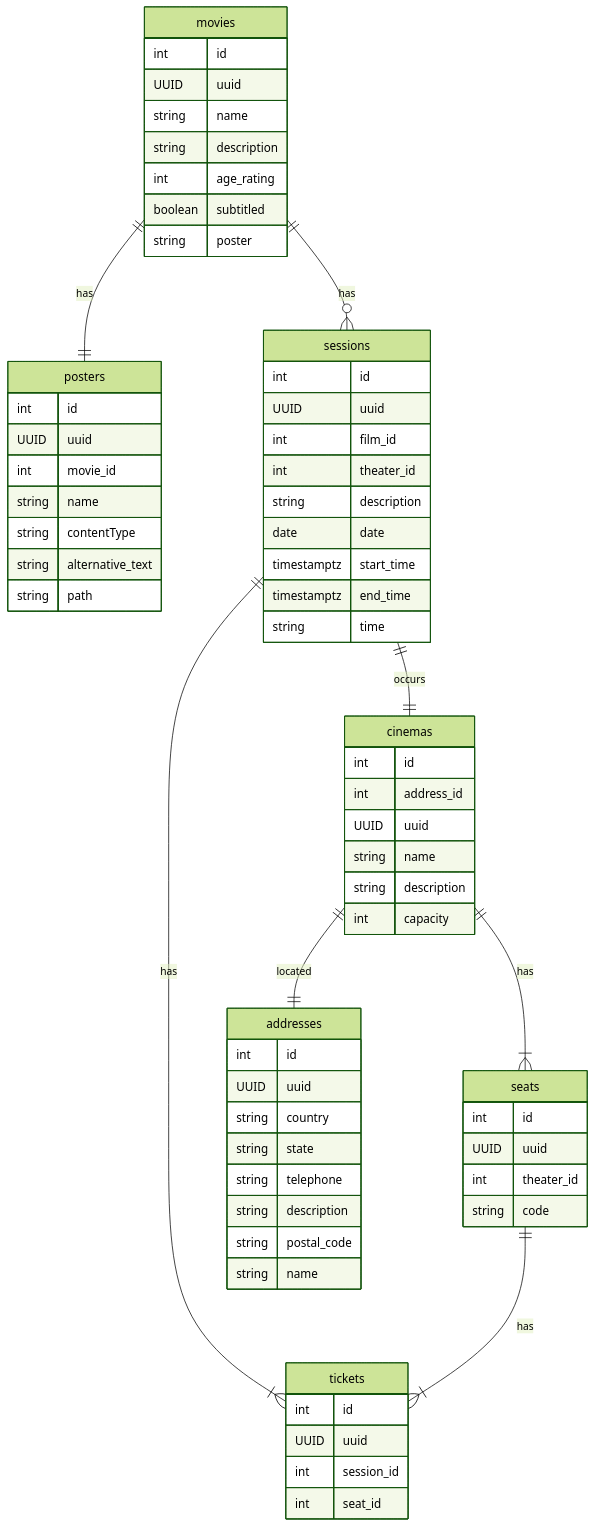
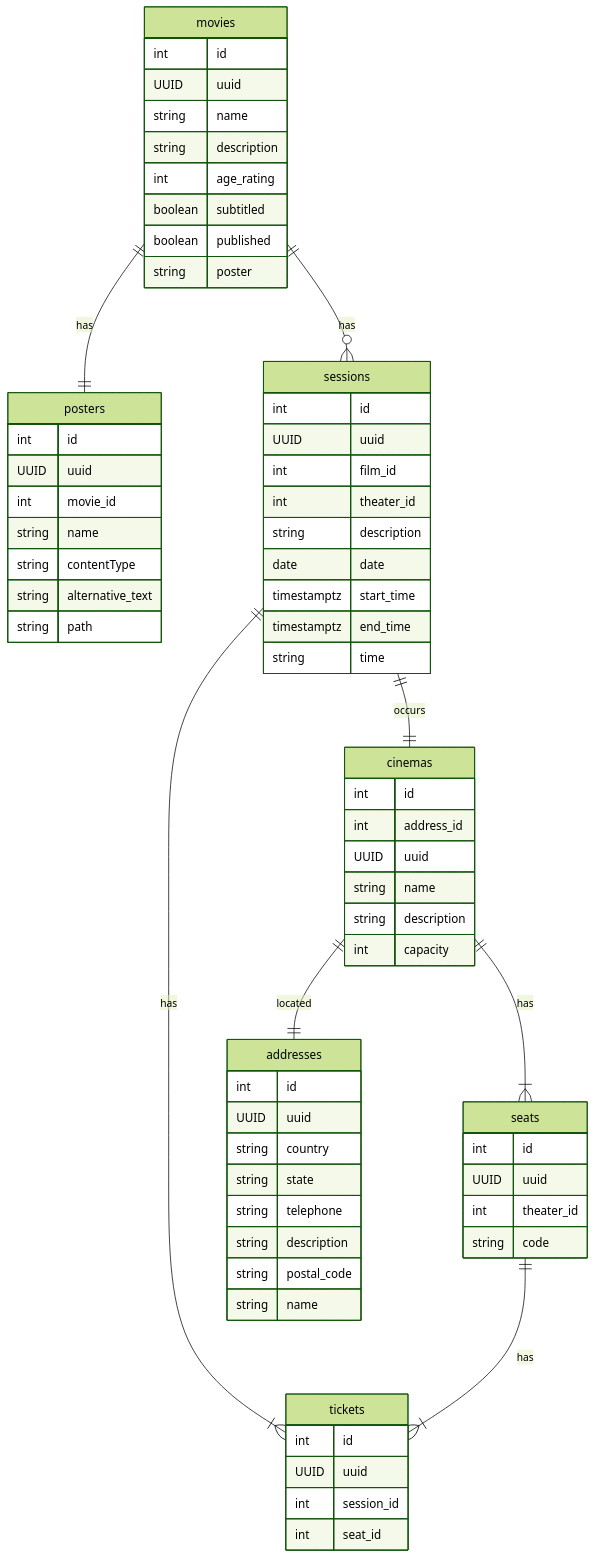
One commit to jtonynet/cine-catalogo changed the second of 2 diagrams in README.md. Above: the diagram before and after it, drawn with Mermaid (forest theme). The commit also changed other lines of this file, not shown here.

````diff
--- a/README.md
+++ b/README.md
@@ -167,70 +170,71 @@
 ```mermaid
 erDiagram 
     movies {
         int id
         UUID uuid
         string name
         string description
         int age_rating
         boolean subtitled
+        boolean published
         string poster
     }
     posters {
         int    id
         UUID   uuid
         int    movie_id
         string name            
         string contentType     
         string alternative_text 
         string path            
     }
     sessions {
         int id
         UUID uuid
         int film_id
         int theater_id
         string description
         date date
         timestamptz start_time
         timestamptz end_time
         string time
     }
     cinemas {
         int id
         int address_id
         UUID uuid
         string name
         string description
         int capacity
     }
     seats {
         int id
         UUID uuid
         int theater_id
         string code
     }
     tickets {
         int id
         UUID uuid
         int session_id
         int seat_id
     }
     addresses {
         int id
         UUID uuid
         string country
         string state
         string telephone
         string description
         string postal_code
         string name
     }
 
     movies ||--o{ sessions : has
     movies ||--|| posters : has
     sessions ||--|| cinemas : occurs
     cinemas ||--|{ seats : has
     sessions ||--|{ tickets : has
     seats ||--|{ tickets : has
     cinemas ||--|| addresses : located
 ```
````
